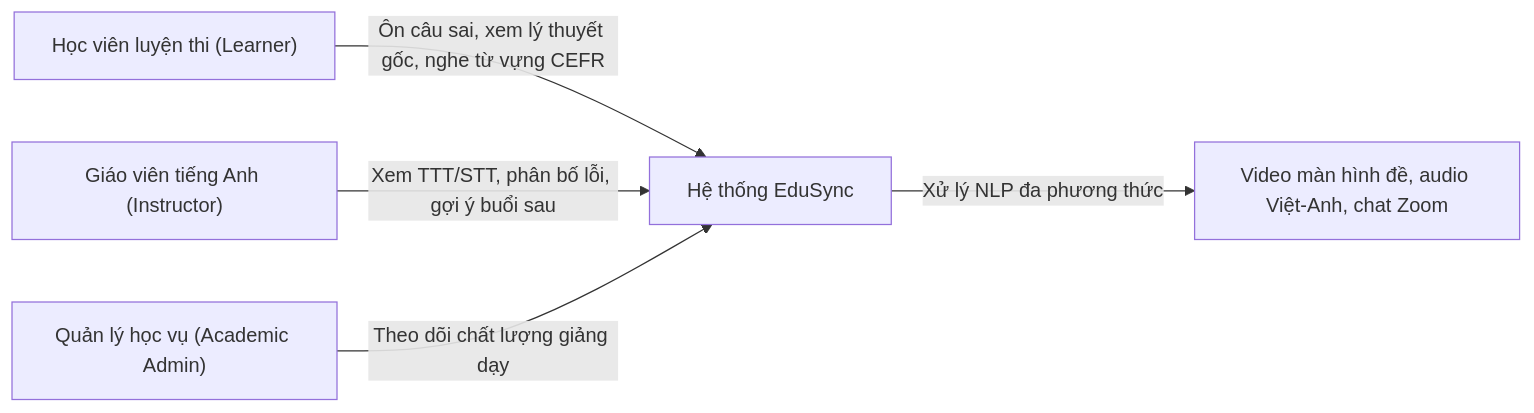
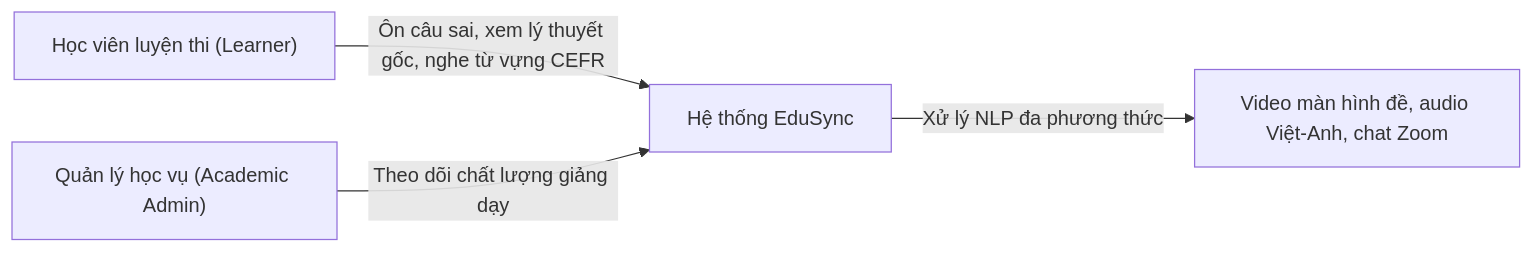
Before and after one commit to CelesEclipse/NLP501_edusync_mvp: the first of 2 diagrams in docs/03_requirements_analysis_srs.md, drawn with Mermaid. The commit also changed other lines of this file and 50 other files, not shown here.

````diff
--- a/docs/03_requirements_analysis_srs.md
+++ b/docs/03_requirements_analysis_srs.md
@@ -40,7 +38,6 @@
 ```mermaid
 flowchart LR
     Student["Học viên luyện thi (Learner)"] --> |"Ôn câu sai, xem lý thuyết gốc, nghe từ vựng CEFR"| System["Hệ thống EduSync"]
-    Teacher["Giáo viên tiếng Anh (Instructor)"] --> |"Xem TTT/STT, phân bố lỗi, gợi ý buổi sau"| System
     Admin["Quản lý học vụ (Academic Admin)"] --> |"Theo dõi chất lượng giảng dạy"| System
     System --> |"Xử lý NLP đa phương thức"| VideoAudio["Video màn hình đề, audio Việt-Anh, chat Zoom"]
 ```
````
